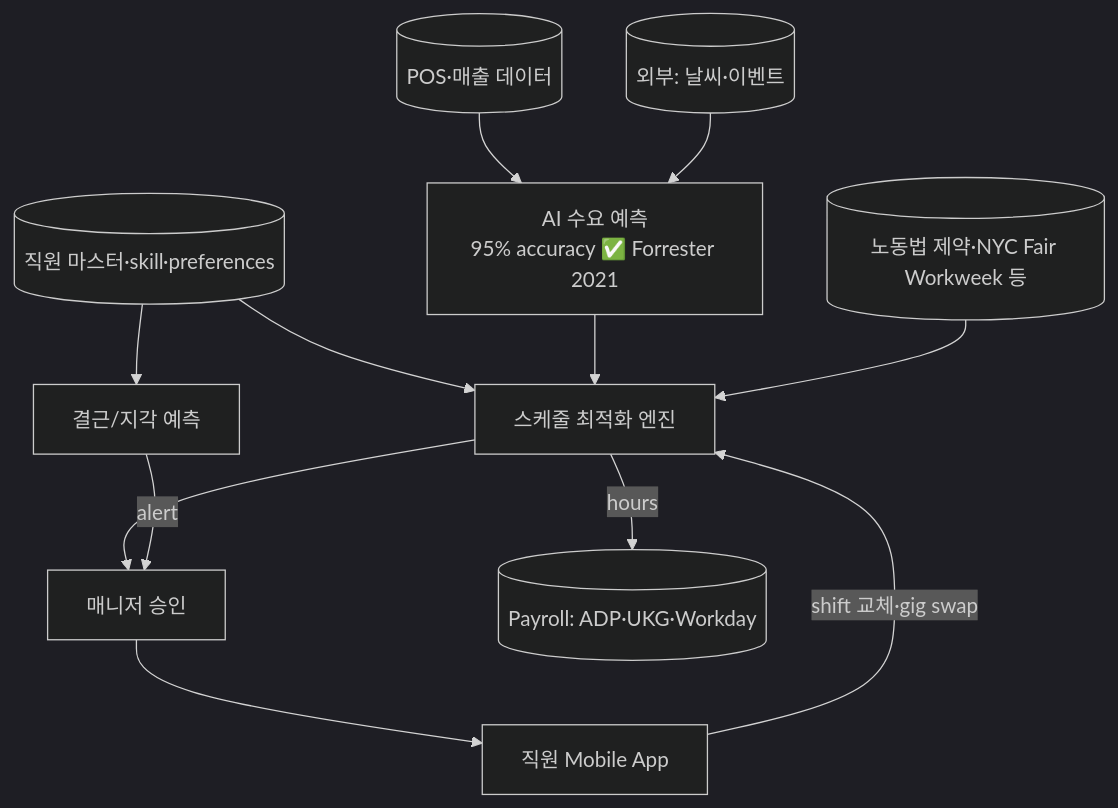
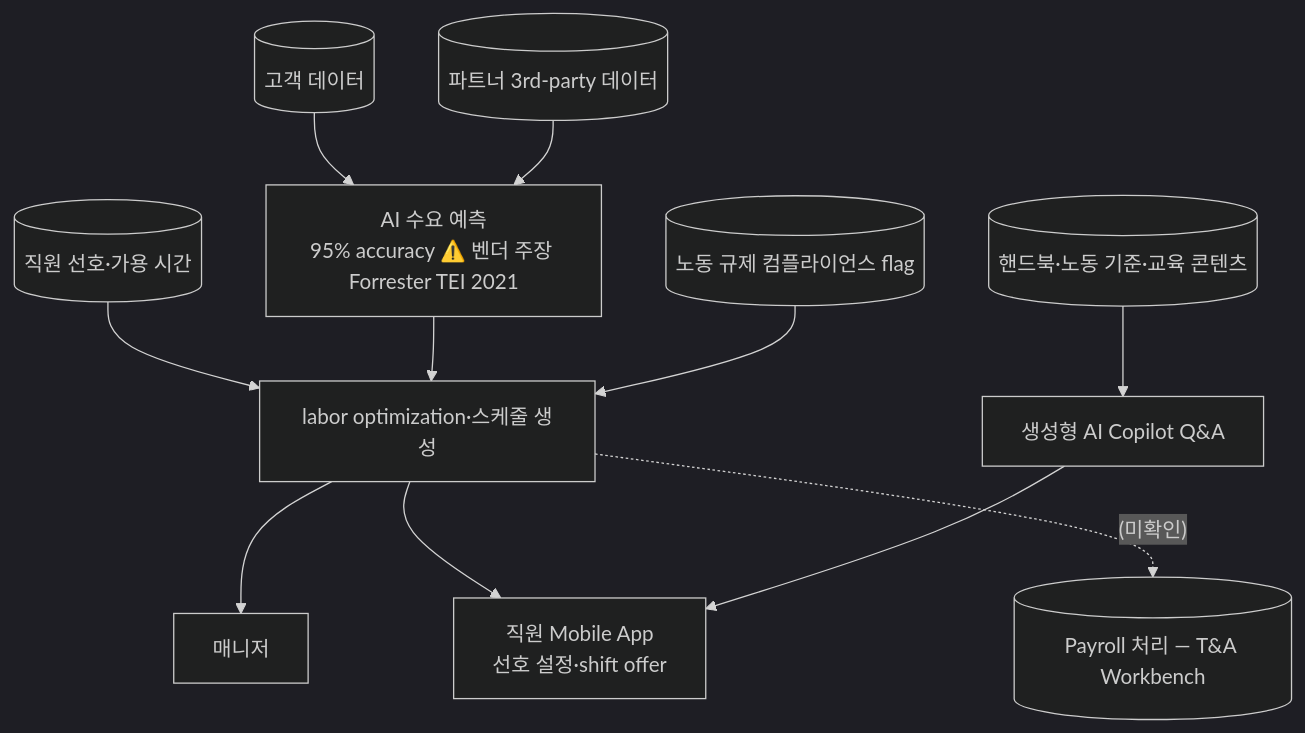
One commit to jameskim1st/hr-ai-benchmark changed the diagram in wiki/usecases/legion-wfm-hourly-workforce.md. Above: the diagram before and after it, drawn with Mermaid (dark theme). The commit also changed other lines of this file and 222 other files, not shown here.

````diff
--- a/wiki/usecases/legion-wfm-hourly-workforce.md
+++ b/wiki/usecases/legion-wfm-hourly-workforce.md
@@ -109,14 +108,13 @@
 ```mermaid
 flowchart TB
-    POS[(POS·매출 데이터)] --> Forecast[AI 수요 예측<br/>95% accuracy ✅ Forrester 2021]
-    Weather[(외부: 날씨·이벤트)] --> Forecast
-    EmpDB[(직원 마스터·skill·preferences)] --> Schedule
-    Forecast --> Schedule[스케줄 최적화 엔진]
-    Labor[(노동법 제약·NYC Fair Workweek 등)] --> Schedule
-    Schedule --> Manager[매니저 승인]
-    Manager --> EmpApp[직원 Mobile App]
-    EmpApp -->|shift 교체·gig swap| Schedule
-    EmpDB --> Absence[결근/지각 예측]
-    Absence -->|alert| Manager
-    Schedule -->|hours| Payroll[(Payroll: ADP·UKG·Workday)]
+    Cust[(고객 데이터)] --> Forecast[AI 수요 예측<br/>95% accuracy ⚠️ 벤더 주장 Forrester TEI 2021]
+    Third[(파트너 3rd-party 데이터)] --> Forecast
+    Pref[(직원 선호·가용 시간)] --> Schedule
+    Forecast --> Schedule[labor optimization·스케줄 생성]
+    Compliance[(노동 규제 컴플라이언스 flag)] --> Schedule
+    Schedule --> Manager[매니저]
+    Schedule --> EmpApp[직원 Mobile App<br/>선호 설정·shift offer]
+    Handbook[(핸드북·노동 기준·교육 콘텐츠)] --> Copilot[생성형 AI Copilot Q&A]
+    Copilot --> EmpApp
+    Schedule -.->|"(미확인)"| Payroll[(Payroll 처리 — T&A Workbench)]
 ```
````
